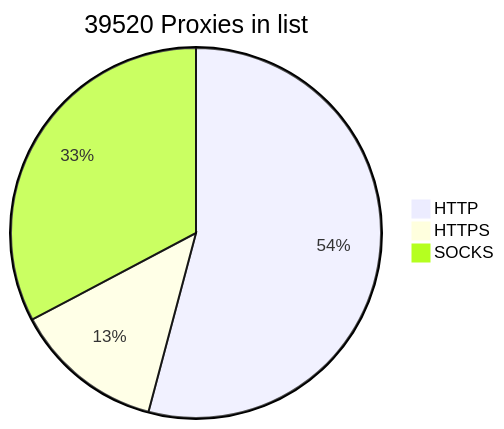
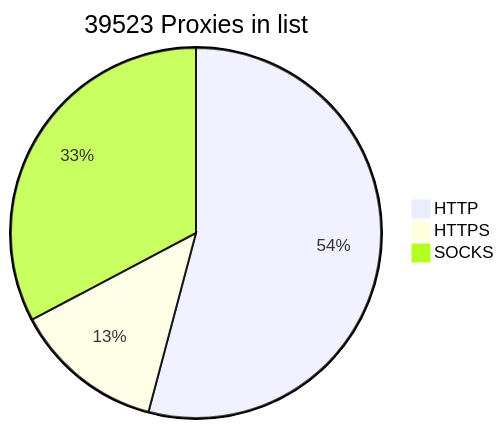
The diagram in README.md (BlackSnowDot/proxylist-update-every-minute), drawn with Mermaid before and after one commit.

````diff
--- a/README.md
+++ b/README.md
@@ -2,6 +2,6 @@
 ```mermaid
-pie title 39520 Proxies in list
-    "HTTP" : 23720
-    "HTTPS": 5750
-    "SOCKS" : 14346
+pie title 39523 Proxies in list
+    "HTTP" : 23724
+    "HTTPS": 5756
+    "SOCKS" : 14347
 ```
````
